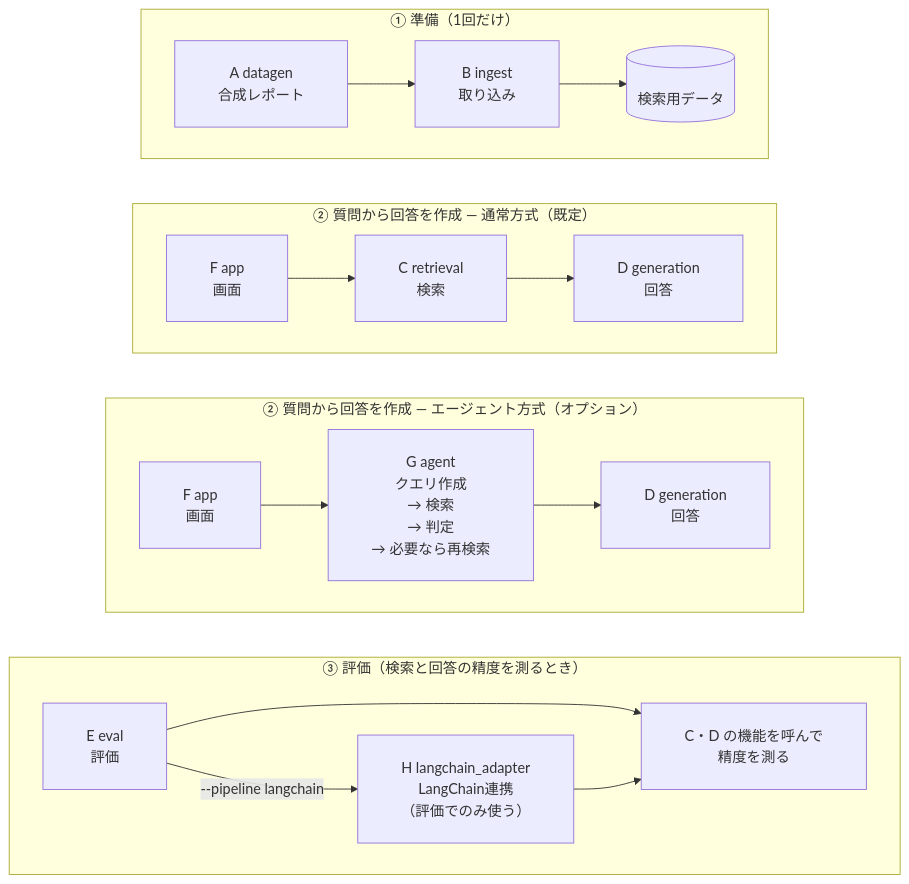
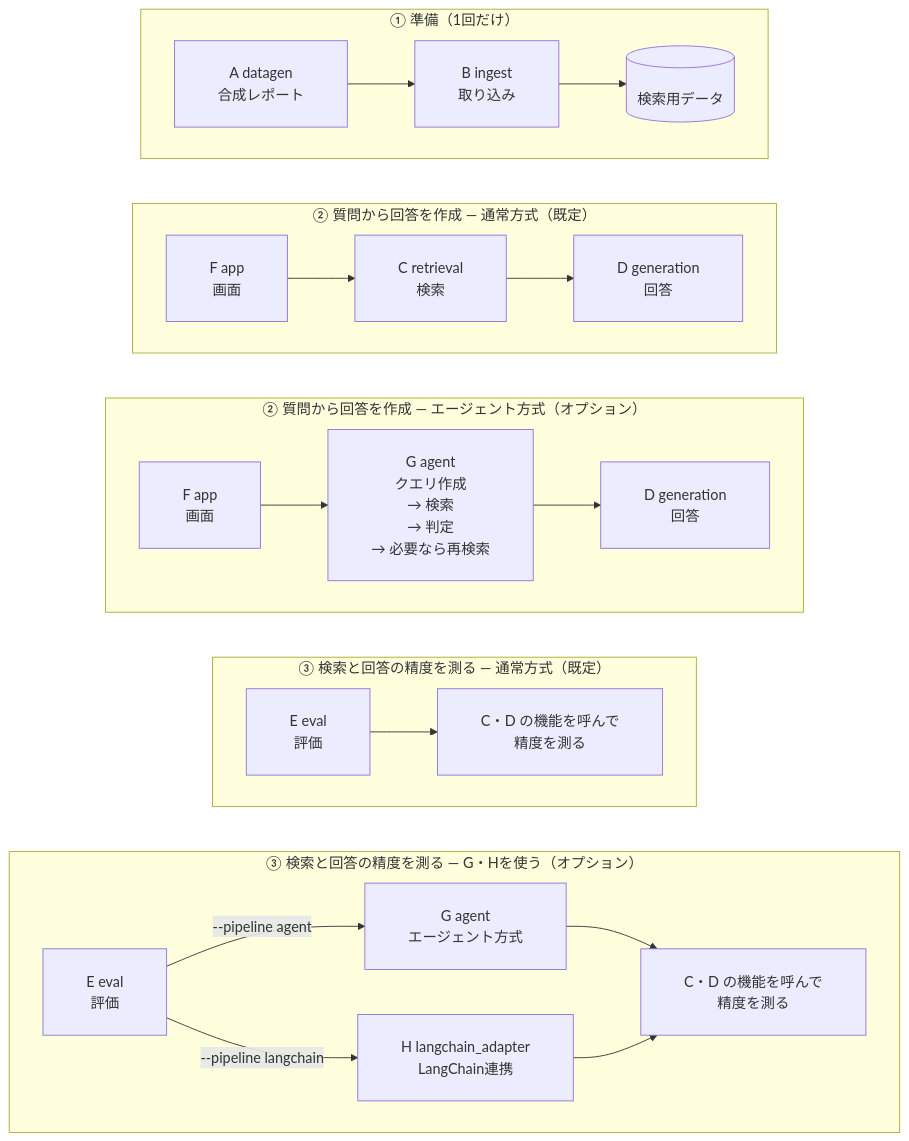
One commit to satoshi-abe-dev/silo-rag changed the first of 3 diagrams in README_ja.md. Above: the diagram before and after it, drawn with Mermaid. The commit also changed other lines of this file and 1 other file, not shown here.

Commit message:
Split the evaluation box into plain and optional, like the answer box
Box 2 was split into plain mode (default) and agent mode (optional), but
box 3 mixed the optional node H into the plain flow and left out G, which
E also uses with --pipeline agent. Box 3 is now split the same way: plain
mode (default), and the optional route through G or H.

````diff
--- a/README_ja.md
+++ b/README_ja.md
@@ -136,24 +136,29 @@
 ```mermaid
 %%{init: {"flowchart": {"padding": 24, "wrappingWidth": 400}}}%%
 graph TB
     subgraph prep["① 準備（1回だけ）"]
         direction LR
         A["A datagen<br/>合成レポート"] --> B["B ingest<br/>取り込み"] --> DB[("検索用データ")]
     end
     subgraph plain["② 質問から回答を作成 ― 通常方式（既定）"]
         direction LR
         F1["F app<br/>画面"] --> C1["C retrieval<br/>検索"] --> D1["D generation<br/>回答"]
     end
     subgraph agent["② 質問から回答を作成 ― エージェント方式（オプション）"]
         direction LR
         F2["F app<br/>画面"] --> G["G agent<br/>クエリ作成<br/>→ 検索<br/>→ 判定<br/>→ 必要なら再検索"] --> D2["D generation<br/>回答"]
     end
-    subgraph ev["③ 評価（検索と回答の精度を測るとき）"]
+    subgraph ev["③ 検索と回答の精度を測る ― 通常方式（既定）"]
         direction LR
-        E["E eval<br/>評価"] --> CD["C・D の機能を呼んで<br/>精度を測る"]
-        E -->|"--pipeline langchain"| H["H langchain_adapter<br/>LangChain連携<br/>（評価でのみ使う）"] --> CD
+        E1["E eval<br/>評価"] --> CD1["C・D の機能を呼んで<br/>精度を測る"]
+    end
+    subgraph ev2["③ 検索と回答の精度を測る ― G・Hを使う（オプション）"]
+        direction LR
+        E2["E eval<br/>評価"] -->|"--pipeline agent"| G2["G agent<br/>エージェント方式"] --> CD2["C・D の機能を呼んで<br/>精度を測る"]
+        E2 -->|"--pipeline langchain"| H["H langchain_adapter<br/>LangChain連携"] --> CD2
     end
     prep ~~~ plain
     plain ~~~ agent
     agent ~~~ ev
+    ev ~~~ ev2
 ```
````
